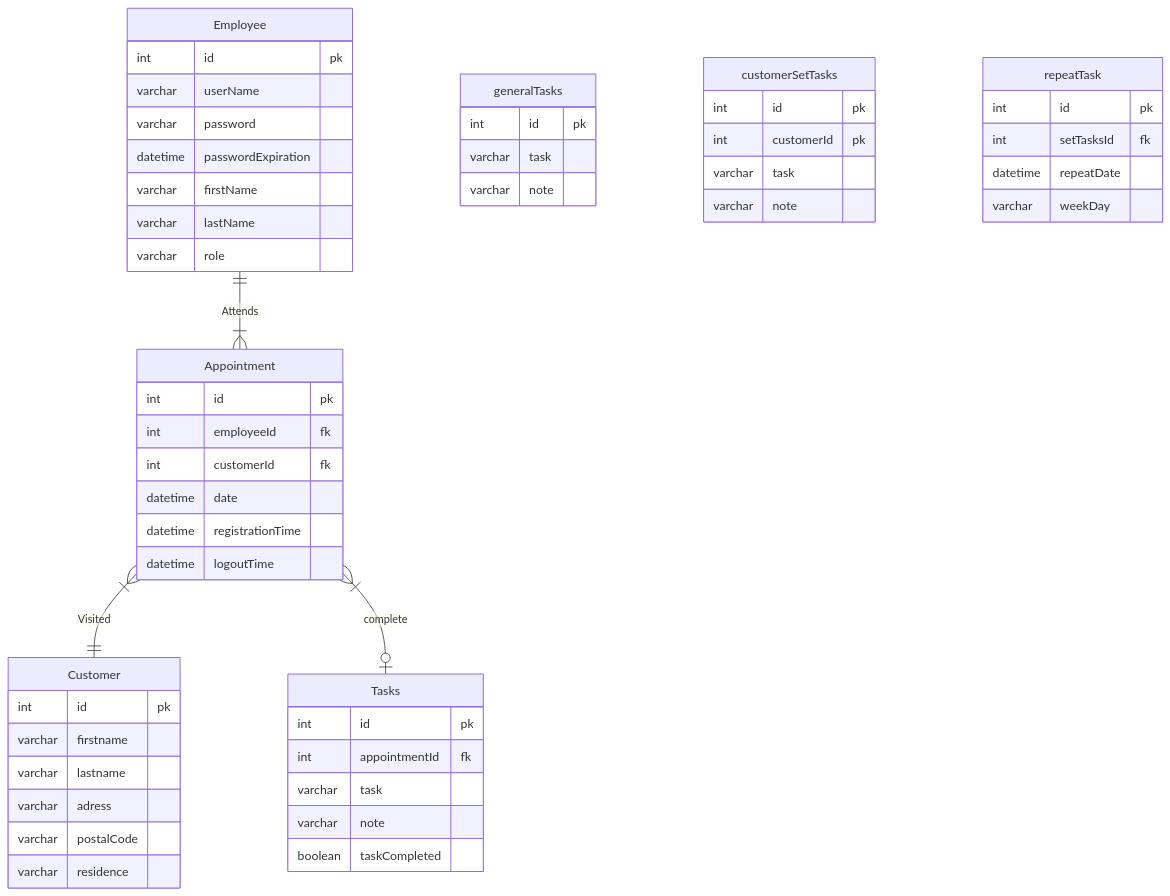
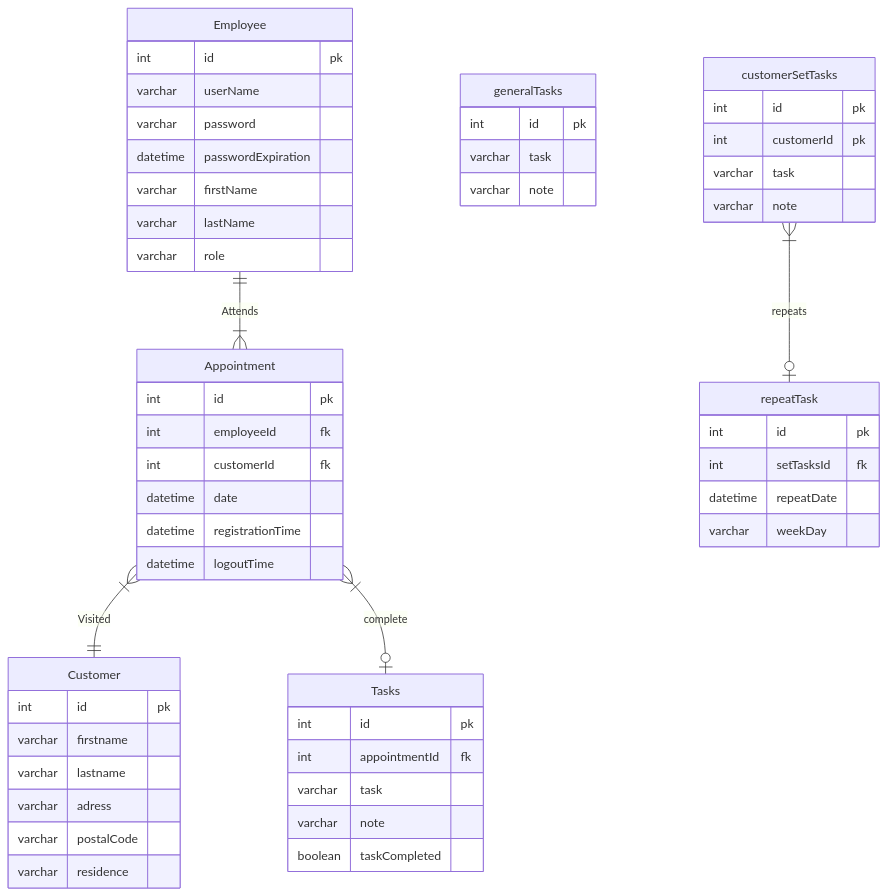
Before and after one commit to Educom-Trainees/educom-zorgApp: the diagram in documentation/ERD.md, drawn with Mermaid.

````diff
--- a/documentation/ERD.md
+++ b/documentation/ERD.md
@@ -1,63 +1,64 @@
 ```mermaid
 erDiagram
   Employee ||--|{ Appointment : Attends
   Employee{
   int id pk
   varchar userName
   varchar password
   datetime passwordExpiration
   varchar firstName
   varchar lastName
   varchar role
   }
 
   Appointment }|--|| Customer : Visited
   Appointment }|--|o Tasks : complete
   Appointment{
   int id pk
   int employeeId fk
   int customerId fk
   datetime date
   datetime registrationTime
   datetime logoutTime
   }
 
   Customer{
   int id pk
   varchar firstname
   varchar lastname
   varchar adress
   varchar postalCode
   varchar residence
   }
 
   Tasks{
   int id pk
   int appointmentId fk
   varchar task
   varchar note
   boolean taskCompleted
   }
 
   generalTasks{
   int id pk
   varchar task
   varchar note
   }
 
+  customerSetTasks }|--|o repeatTask : repeats
   customerSetTasks{
   int id pk
   int customerId pk
   varchar task
   varchar note
   }
 
   repeatTask{
   int id pk
   int setTasksId fk
   datetime repeatDate
   varchar weekDay
   }
 
 
 ```
````
